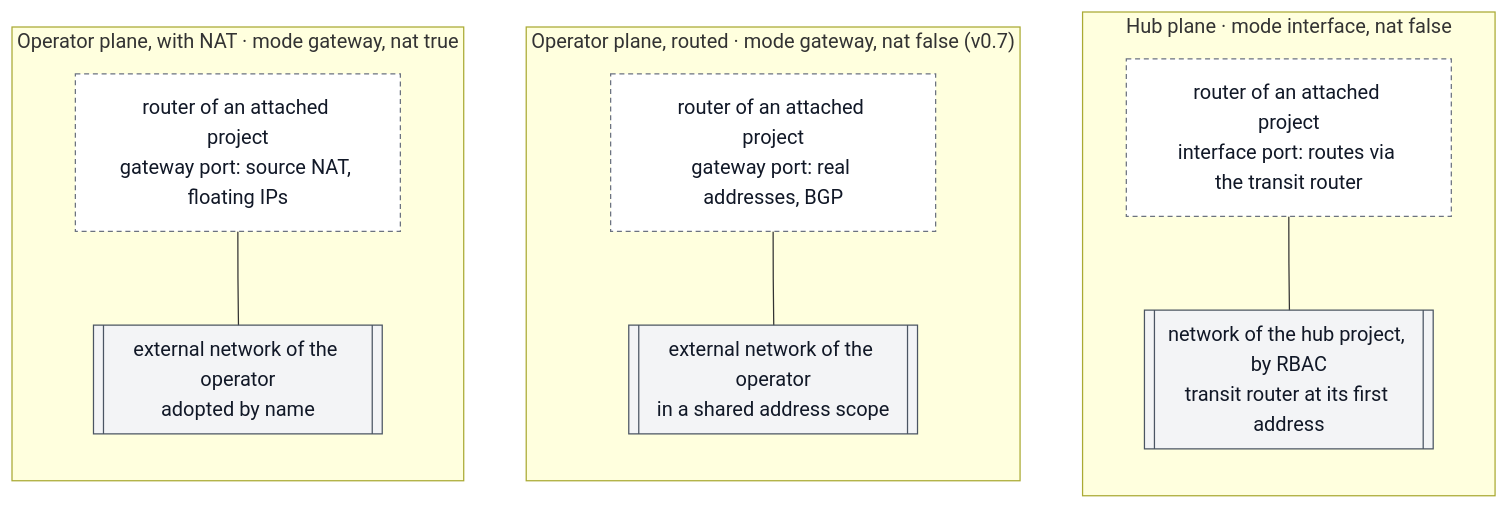
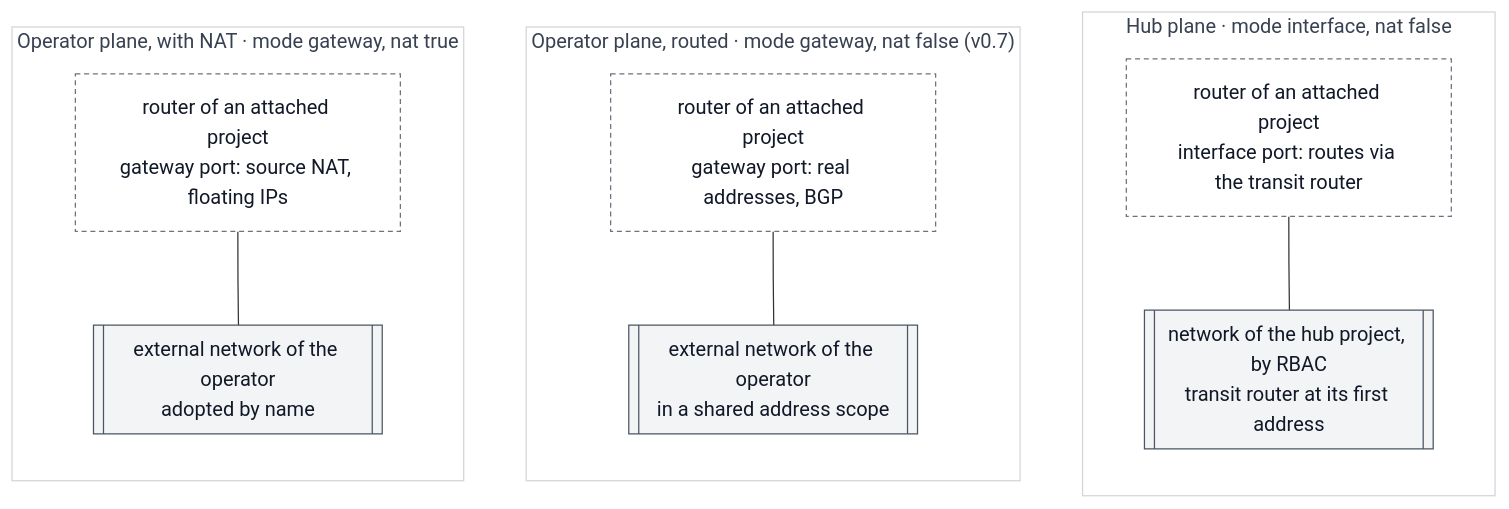
The first of 2 diagrams in stacks/shared/planes/README.md (CyprisTech/openstack-multitenant-reference), drawn with Mermaid before and after one commit. The commit also changed other lines of this file and 17 other files, not shown here.

First line of the commit message:
Diagrams: tenants by exposure, one palette by role, compact diagrams

````diff
--- a/stacks/shared/planes/README.md
+++ b/stacks/shared/planes/README.md
@@ -14,27 +14,29 @@
 ```mermaid
 flowchart LR
     subgraph NAT["Operator plane, with NAT · mode gateway, nat true"]
         direction TB
         P1[["external network of the operator<br/>adopted by name"]]
         R1["router of an attached project<br/>gateway port: source NAT, floating IPs"]
         R1 --- P1
     end
     subgraph RT["Operator plane, routed · mode gateway, nat false (v0.7)"]
         direction TB
         P2[["external network of the operator<br/>in a shared address scope"]]
         R2["router of an attached project<br/>gateway port: real addresses, BGP"]
         R2 --- P2
     end
     subgraph HUB["Hub plane · mode interface, nat false"]
         direction TB
         P3[["network of the hub project, by RBAC<br/>transit router at its first address"]]
         R3["router of an attached project<br/>interface port: routes via the transit router"]
         R3 --- P3
     end
     NAT ~~~ RT ~~~ HUB
 
     classDef plane fill:#f3f4f6,stroke:#4b5563,color:#111827
     classDef other fill:#ffffff,stroke:#6b7280,color:#111827,stroke-dasharray:4 3
     class P1,P2,P3 plane
     class R1,R2,R3 other
+    classDef group fill:#ffffff,stroke:#d1d5db,color:#374151
+    class NAT,RT,HUB group
 ```
````
